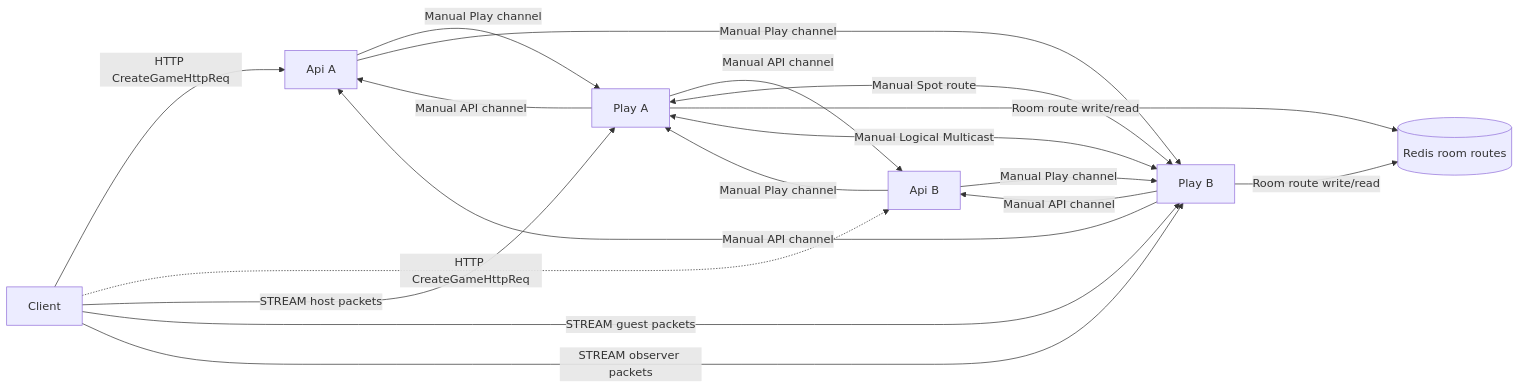
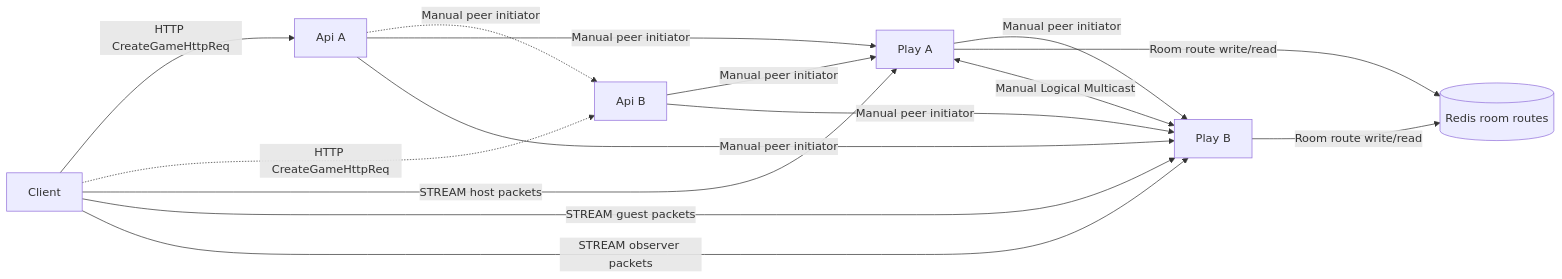
The first of 6 diagrams in framework/doc/framework/common/sample/tictactoe/README.ko.md (kairos-code-dev/zlink), drawn with Mermaid before and after one commit. The commit also changed other lines of this file and 2385 other files, not shown here.

````diff
--- a/framework/doc/framework/common/sample/tictactoe/README.ko.md
+++ b/framework/doc/framework/common/sample/tictactoe/README.ko.md
@@ -60,27 +67,24 @@
 ```mermaid
 graph LR
     C[Client]
     APIA[Api A]
     APIB[Api B]
     PLAYA[Play A]
     PLAYB[Play B]
     REDIS[(Redis room routes)]
 
     C -->|HTTP CreateGameHttpReq| APIA
     C -.->|HTTP CreateGameHttpReq| APIB
-    APIA -->|Manual Play channel| PLAYA
-    APIA -->|Manual Play channel| PLAYB
-    APIB -->|Manual Play channel| PLAYA
-    APIB -->|Manual Play channel| PLAYB
-    PLAYA -->|Manual API channel| APIA
-    PLAYA -->|Manual API channel| APIB
-    PLAYB -->|Manual API channel| APIA
-    PLAYB -->|Manual API channel| APIB
-    PLAYA <-->|Manual Spot route| PLAYB
+    APIA -.->|Manual peer initiator| APIB
+    APIA -->|Manual peer initiator| PLAYA
+    APIA -->|Manual peer initiator| PLAYB
+    APIB -->|Manual peer initiator| PLAYA
+    APIB -->|Manual peer initiator| PLAYB
+    PLAYA -->|Manual peer initiator| PLAYB
     PLAYA -->|Room route write/read| REDIS
     PLAYB -->|Room route write/read| REDIS
     C -->|STREAM host packets| PLAYA
     C -->|STREAM guest packets| PLAYB
     C -->|STREAM observer packets| PLAYB
     PLAYA <-->|Manual Logical Multicast| PLAYB
 ```
````
